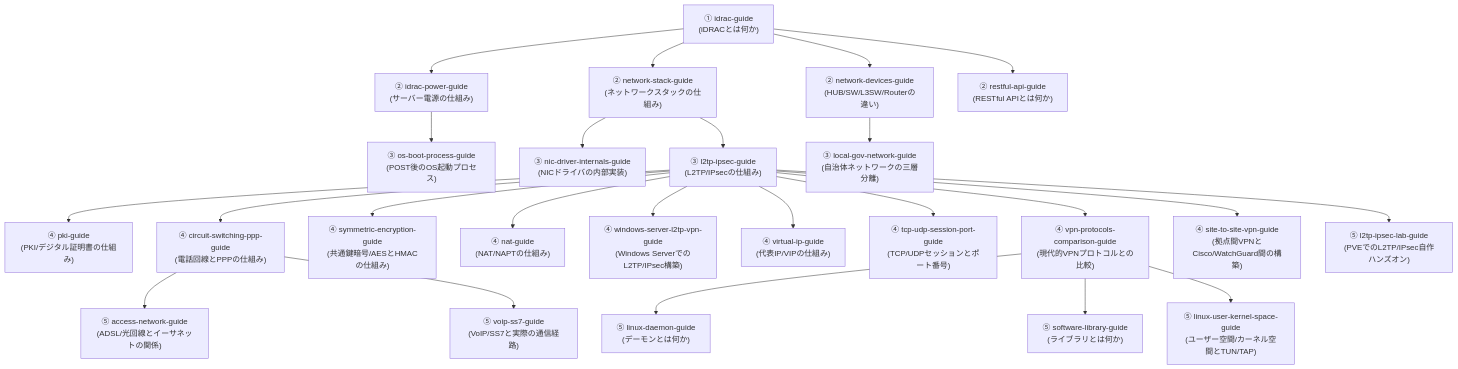
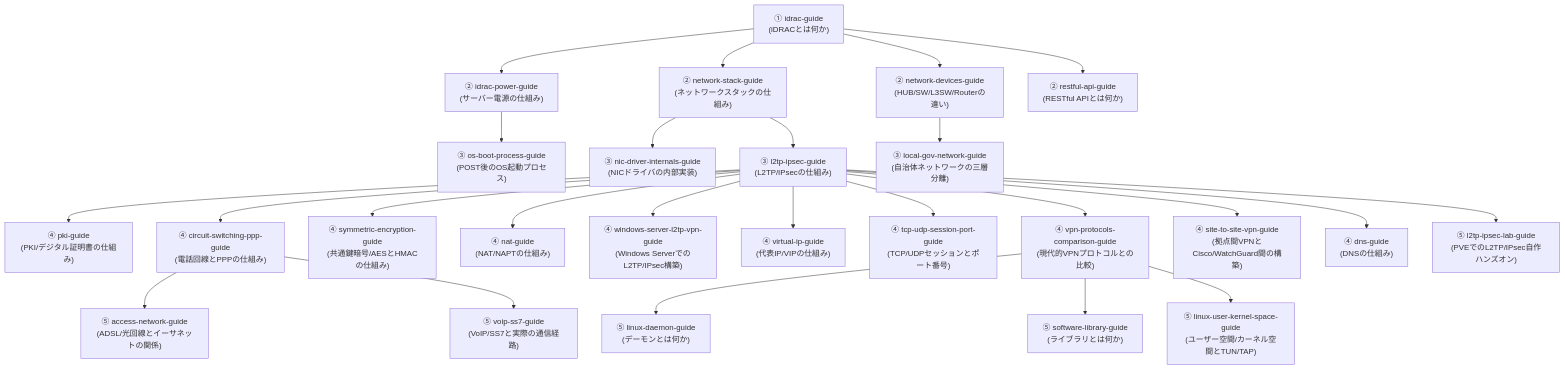
Before and after one commit to koikoi1998/koikoi-blog-20260723: the diagram in src/pages/sitemap.md, drawn with Mermaid. The commit also changed other lines of this file and 5 other files, not shown here.

````diff
--- a/src/pages/sitemap.md
+++ b/src/pages/sitemap.md
@@ -22,51 +22,53 @@
 ```mermaid
 graph TB
     Idrac["① idrac-guide<br/>(iDRACとは何か)"]
     Power["② idrac-power-guide<br/>(サーバー電源の仕組み)"]
     Net["② network-stack-guide<br/>(ネットワークスタックの仕組み)"]
     Devices["② network-devices-guide<br/>(HUB/SW/L3SW/Routerの違い)"]
     Api["② restful-api-guide<br/>(RESTful APIとは何か)"]
     Boot["③ os-boot-process-guide<br/>(POST後のOS起動プロセス)"]
     Nic["③ nic-driver-internals-guide<br/>(NICドライバの内部実装)"]
     L2tp["③ l2tp-ipsec-guide<br/>(L2TP/IPsecの仕組み)"]
     GovNet["③ local-gov-network-guide<br/>(自治体ネットワークの三層分離)"]
     Pki["④ pki-guide<br/>(PKI/デジタル証明書の仕組み)"]
     Circuit["④ circuit-switching-ppp-guide<br/>(電話回線とPPPの仕組み)"]
     Sym["④ symmetric-encryption-guide<br/>(共通鍵暗号/AESとHMACの仕組み)"]
     Nat["④ nat-guide<br/>(NAT/NAPTの仕組み)"]
     Winvpn["④ windows-server-l2tp-vpn-guide<br/>(Windows ServerでのL2TP/IPsec構築)"]
     Vip["④ virtual-ip-guide<br/>(代表IP/VIPの仕組み)"]
     TcpUdp["④ tcp-udp-session-port-guide<br/>(TCP/UDPセッションとポート番号)"]
     VpnCompare["④ vpn-protocols-comparison-guide<br/>(現代的VPNプロトコルとの比較)"]
     S2s["④ site-to-site-vpn-guide<br/>(拠点間VPNとCisco/WatchGuard間の構築)"]
+    Dns["④ dns-guide<br/>(DNSの仕組み)"]
     L2tpLab["⑤ l2tp-ipsec-lab-guide<br/>(PVEでのL2TP/IPsec自作ハンズオン)"]
     Access["⑤ access-network-guide<br/>(ADSL/光回線とイーサネットの関係)"]
     Voip["⑤ voip-ss7-guide<br/>(VoIP/SS7と実際の通信経路)"]
     Daemon["⑤ linux-daemon-guide<br/>(デーモンとは何か)"]
     Library["⑤ software-library-guide<br/>(ライブラリとは何か)"]
     UserKernel["⑤ linux-user-kernel-space-guide<br/>(ユーザー空間/カーネル空間とTUN/TAP)"]
 
     Idrac --> Power
     Idrac --> Net
     Idrac --> Devices
     Idrac --> Api
     Power --> Boot
     Net --> Nic
     Net --> L2tp
     Devices --> GovNet
     L2tp --> Pki
     L2tp --> Circuit
     L2tp --> Sym
     L2tp --> Nat
     L2tp --> Winvpn
     L2tp --> Vip
     L2tp --> TcpUdp
     L2tp --> VpnCompare
     L2tp --> S2s
+    L2tp --> Dns
     L2tp --> L2tpLab
     Circuit --> Access
     Circuit --> Voip
     VpnCompare --> Daemon
     VpnCompare --> Library
     VpnCompare --> UserKernel
 ```
````
